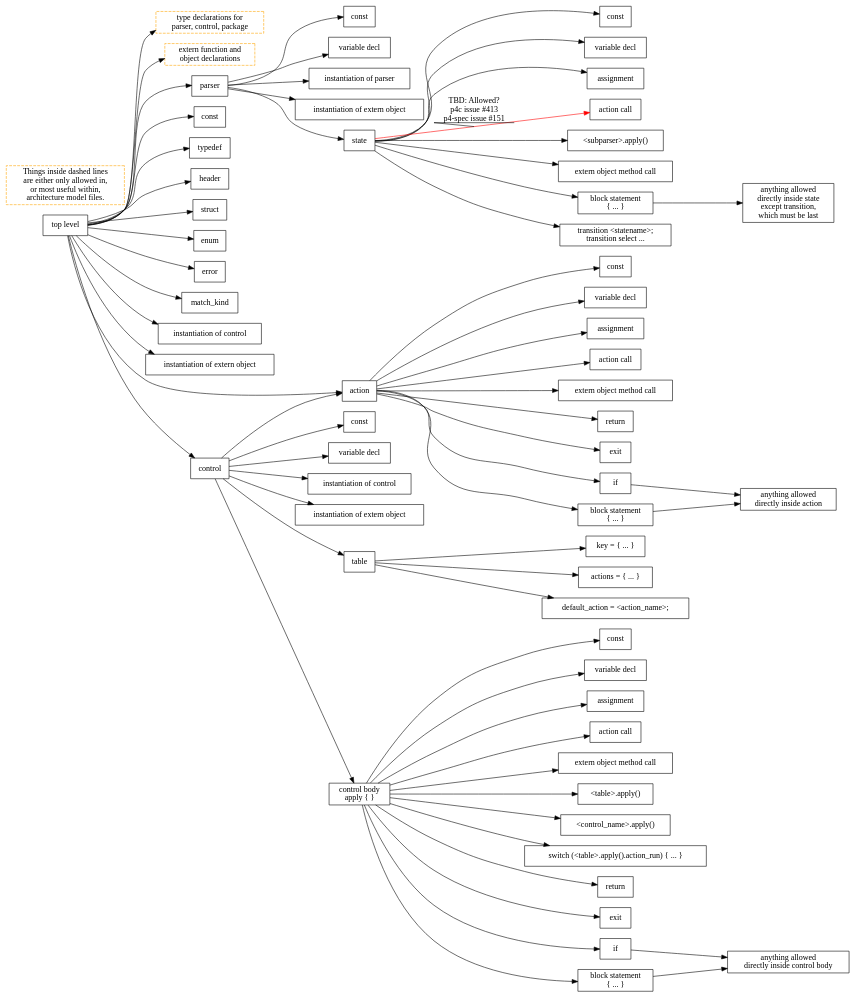
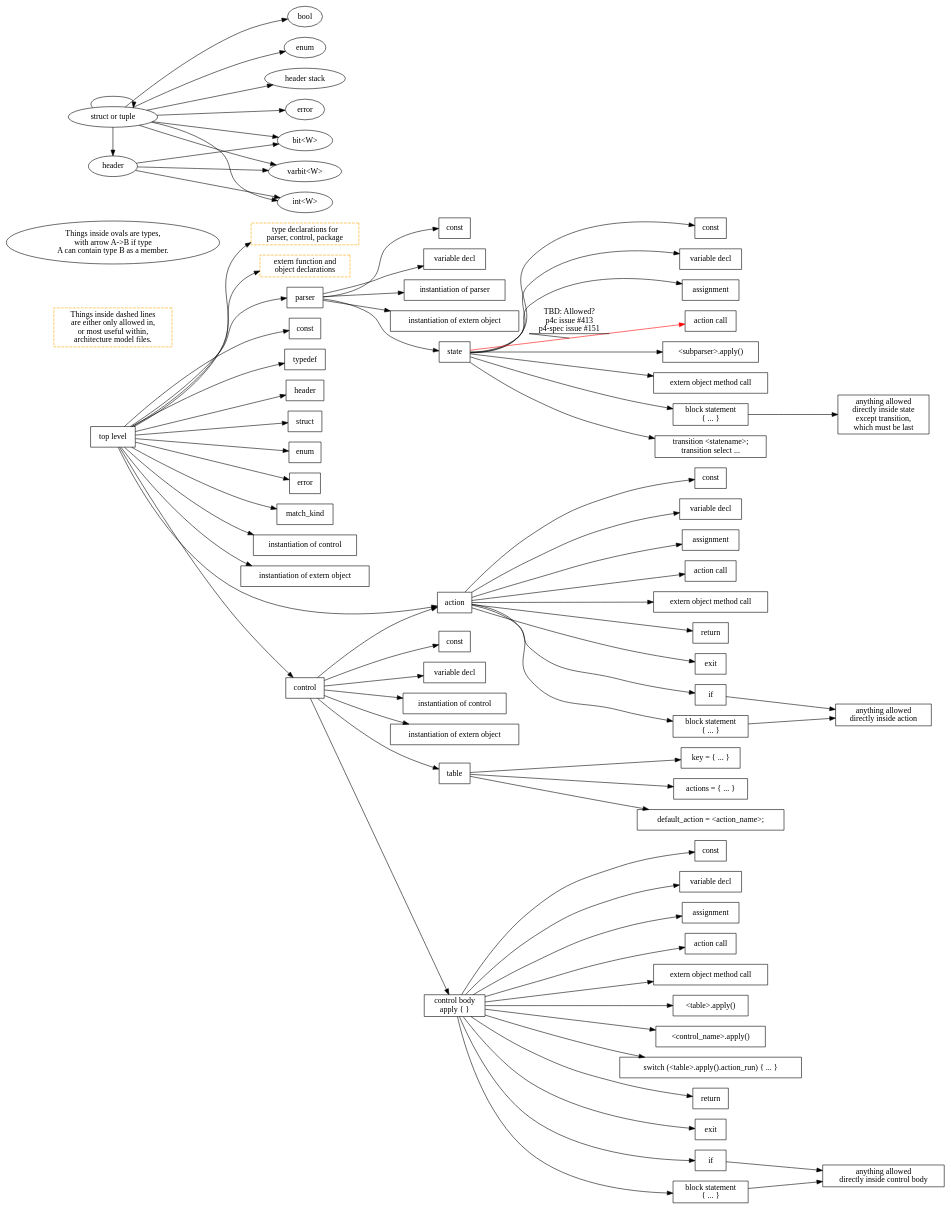
Before and after one commit to jafingerhut/p4-guide: the diagram in p4-16-allowed-constructs.dot, drawn with Graphviz. The commit also changed 3 other files, not shown here.

Commit message:
Add info about which container types can contain other types as members

```diff
--- a/p4-16-allowed-constructs.dot
+++ b/p4-16-allowed-constructs.dot
@@ -165,4 +165,39 @@
 
 //    conditionalStatement [label="if"];
 //    conditionalStatement -> conditionalStatement;
+
+    legend_oval [label="Things inside ovals are types,\nwith arrow A->B if type\nA can contain type B as a member." shape=oval];
+
+    {
+    rank=same;
+    containerHeader [shape=oval label="header"];
+    containerStructOrTuple [shape=oval label="struct or tuple"];
+    //containerStruct [shape=oval label="struct"];
+    //containerTuple [shape=oval label="tuple"];
+    }
+
+    {
+    rank=same;
+    elementBitW [shape=oval label="bit<W>"];
+    elementIntW [shape=oval label="int<W>"];
+    elementVarbitW [shape=oval label="varbit<W>"];
+    elementError [shape=oval label="error"];
+    elementBool [shape=oval label="bool"];
+    elementEnum [shape=oval label="enum"];
+    elementHeaderStack [shape=oval label="header stack"];
+    }
+
+    containerHeader -> elementBitW;
+    containerHeader -> elementIntW;
+    containerHeader -> elementVarbitW;
+
+    containerStructOrTuple -> elementBitW;
+    containerStructOrTuple -> elementIntW;
+    containerStructOrTuple -> elementVarbitW;
+    containerStructOrTuple -> elementError;
+    containerStructOrTuple -> elementBool;
+    containerStructOrTuple -> elementEnum;
+    containerStructOrTuple -> containerHeader;
+    containerStructOrTuple -> elementHeaderStack;
+    containerStructOrTuple -> containerStructOrTuple;
 }
```
